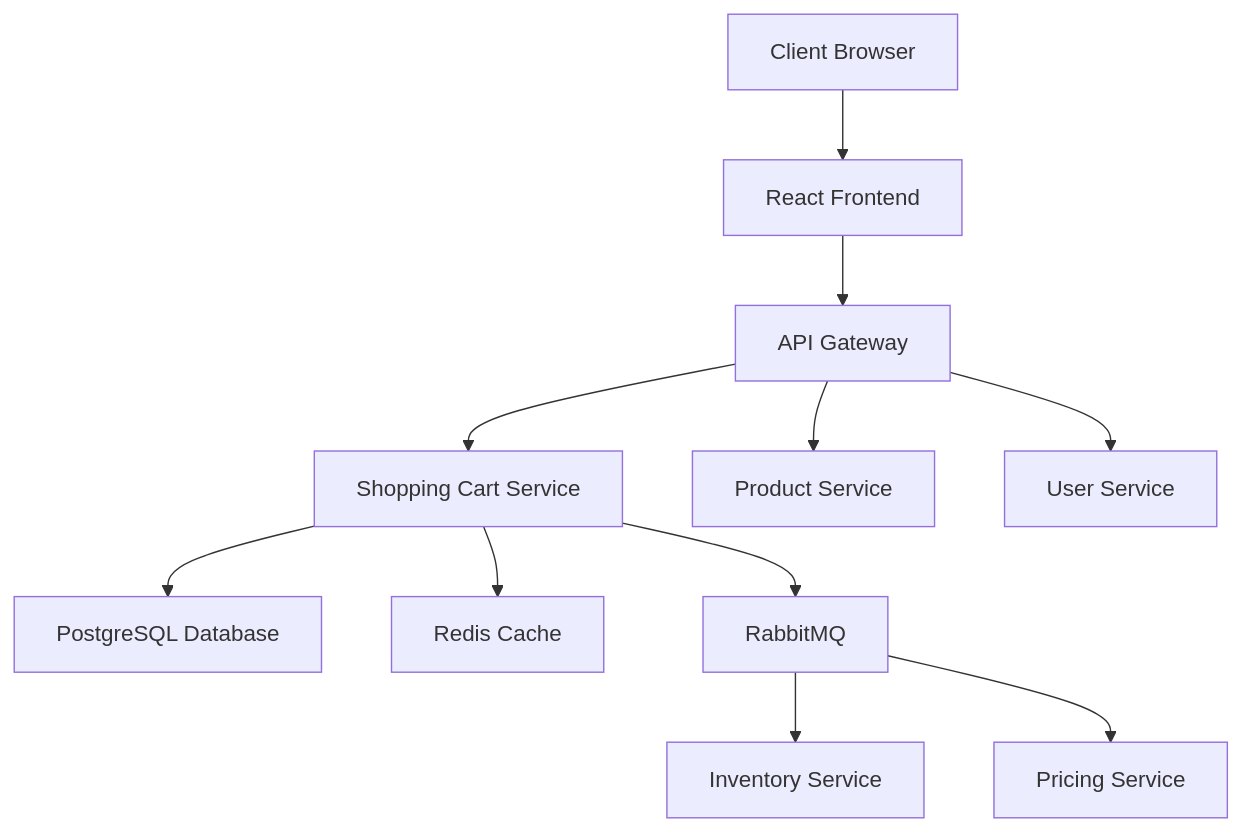
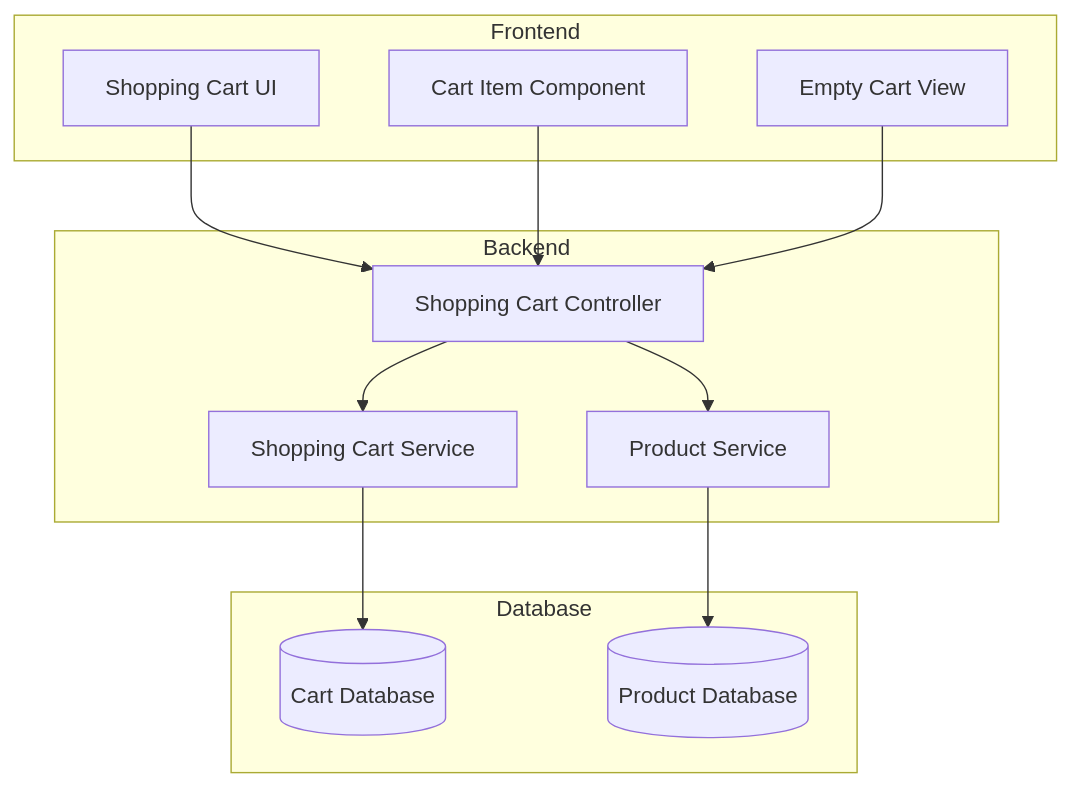
One commit to NavneetBN47/aava-ecom-demo changed the first of 3 diagrams in docs/LLD/lld.md. Above: the diagram before and after it, drawn with Mermaid. The commit also changed other lines of this file, not shown here.

````diff
--- a/docs/LLD/lld.md
+++ b/docs/LLD/lld.md
@@ -51,13 +40,27 @@
 ```mermaid
 graph TB
-    A[Client Browser] --> B[React Frontend]
-    B --> C[API Gateway]
-    C --> D[Shopping Cart Service]
-    C --> E[Product Service]
-    C --> F[User Service]
-    D --> G[PostgreSQL Database]
-    D --> H[Redis Cache]
-    D --> I[RabbitMQ]
-    I --> J[Inventory Service]
-    I --> K[Pricing Service]
+    subgraph Frontend
+        A[Shopping Cart UI]
+        B[Cart Item Component]
+        C[Empty Cart View]
+    end
+    
+    subgraph Backend
+        D[Shopping Cart Controller]
+        E[Shopping Cart Service]
+        F[Product Service]
+    end
+    
+    subgraph Database
+        G[(Cart Database)]
+        H[(Product Database)]
+    end
+    
+    A --> D
+    B --> D
+    C --> D
+    D --> E
+    D --> F
+    E --> G
+    F --> H
 ```
````
